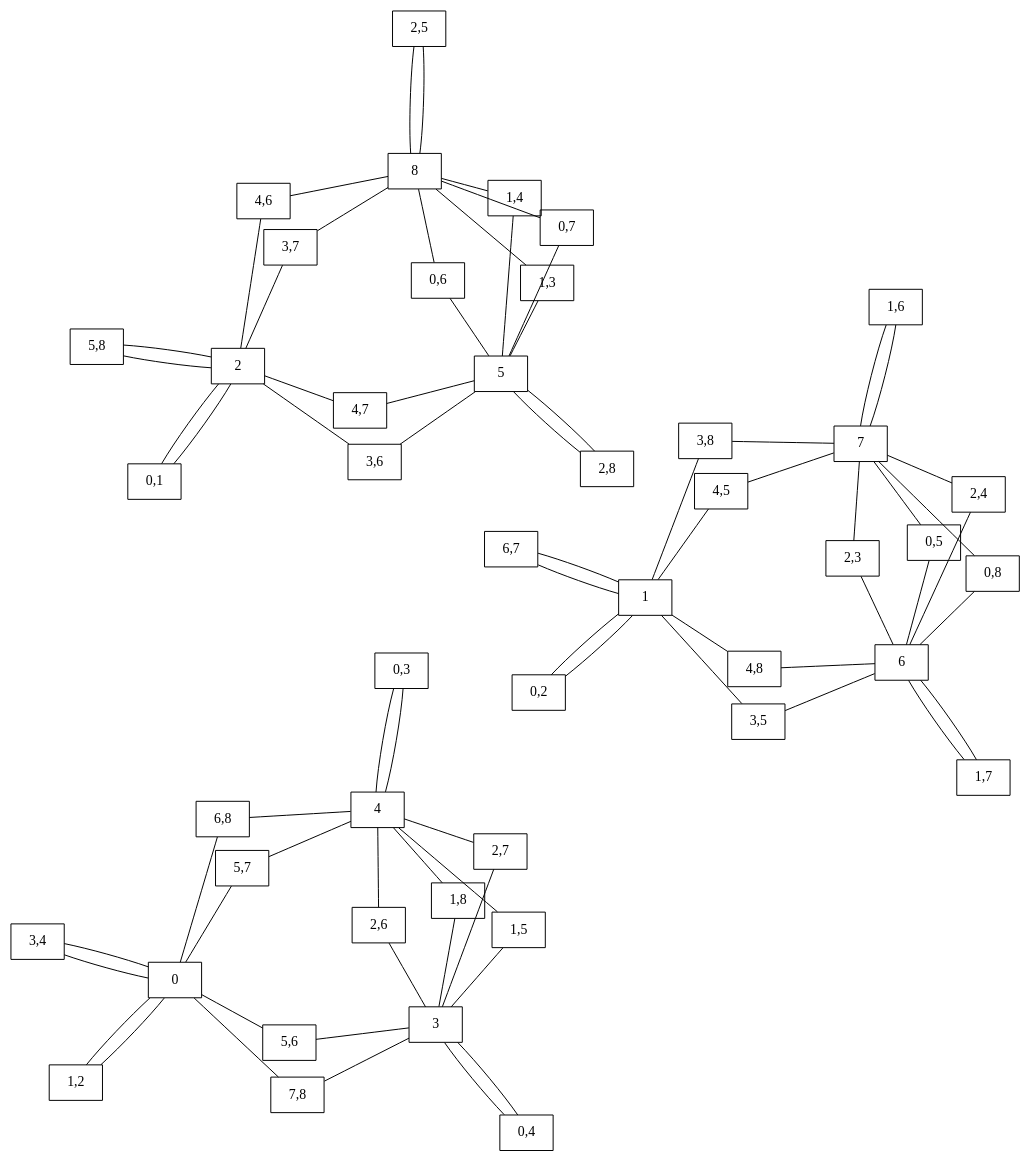
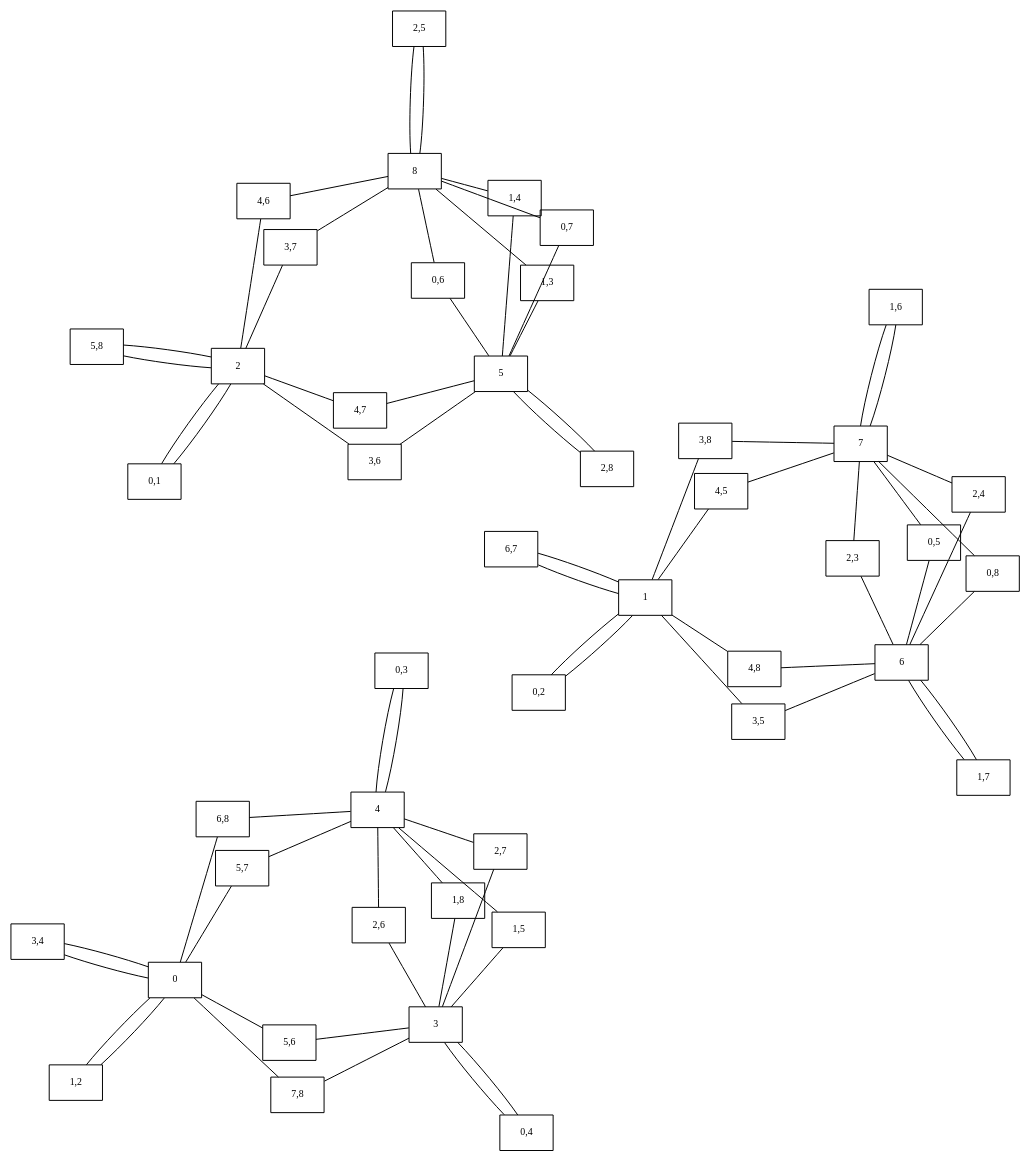
The diagram in data/dot/tj/oh/tj_oh_p201.4.dot (rd--/hmt), drawn with Graphviz before and after one commit. The commit also changed 40 other files, not shown here.

Commit message:
~Music/Theory/Graph/Johnson_2014+p172

```diff
--- a/data/dot/tj/oh/tj_oh_p201.4.dot
+++ b/data/dot/tj/oh/tj_oh_p201.4.dot
@@ -1,123 +1,123 @@
 graph
  g {
 edge [len=1.75]
-graph [splines=false,layout=neato,epsilon=0.000001,fontsize=10,fontname="century schoolbook"]
-node [shape=box]
+graph [splines=false,layout=neato,epsilon=0.000001]
+node [shape=box,fontsize=10,fontname="century schoolbook"]
 0 [label=0];
 1 [label="1,2"];
 2 [label="3,4"];
 3 [label="5,6"];
 4 [label="5,7"];
 5 [label="6,8"];
 6 [label="7,8"];
 7 [label=3];
 8 [label="0,4"];
 9 [label="1,5"];
 10 [label="1,8"];
 11 [label="2,6"];
 12 [label="2,7"];
 13 [label=4];
 14 [label="0,3"];
 15 [label=1];
 16 [label="0,2"];
 17 [label="3,5"];
 18 [label="3,8"];
 19 [label="4,5"];
 20 [label="4,8"];
 21 [label="6,7"];
 22 [label=6];
 23 [label="0,5"];
 24 [label="0,8"];
 25 [label="1,7"];
 26 [label="2,3"];
 27 [label="2,4"];
 28 [label=7];
 29 [label="1,6"];
 30 [label=2];
 31 [label="0,1"];
 32 [label="3,6"];
 33 [label="3,7"];
 34 [label="4,6"];
 35 [label="4,7"];
 36 [label="5,8"];
 37 [label=5];
 38 [label="0,6"];
 39 [label="0,7"];
 40 [label="1,3"];
 41 [label="1,4"];
 42 [label="2,8"];
 43 [label=8];
 44 [label="2,5"];
 0 -- 1;
 0 -- 1;
 0 -- 2;
 0 -- 2;
 0 -- 3;
 0 -- 4;
 0 -- 5;
 0 -- 6;
 7 -- 3;
 7 -- 6;
 7 -- 8;
 7 -- 8;
 7 -- 9;
 7 -- 10;
 7 -- 11;
 7 -- 12;
 13 -- 4;
 13 -- 5;
 13 -- 9;
 13 -- 10;
 13 -- 11;
 13 -- 12;
 13 -- 14;
 13 -- 14;
 15 -- 16;
 15 -- 16;
 15 -- 17;
 15 -- 18;
 15 -- 19;
 15 -- 20;
 15 -- 21;
 15 -- 21;
 22 -- 17;
 22 -- 20;
 22 -- 23;
 22 -- 24;
 22 -- 25;
 22 -- 25;
 22 -- 26;
 22 -- 27;
 28 -- 18;
 28 -- 19;
 28 -- 23;
 28 -- 24;
 28 -- 26;
 28 -- 27;
 28 -- 29;
 28 -- 29;
 30 -- 31;
 30 -- 31;
 30 -- 32;
 30 -- 33;
 30 -- 34;
 30 -- 35;
 30 -- 36;
 30 -- 36;
 37 -- 32;
 37 -- 35;
 37 -- 38;
 37 -- 39;
 37 -- 40;
 37 -- 41;
 37 -- 42;
 37 -- 42;
 43 -- 33;
 43 -- 34;
 43 -- 38;
 43 -- 39;
 43 -- 40;
 43 -- 41;
 43 -- 44;
 43 -- 44;
 }
```
